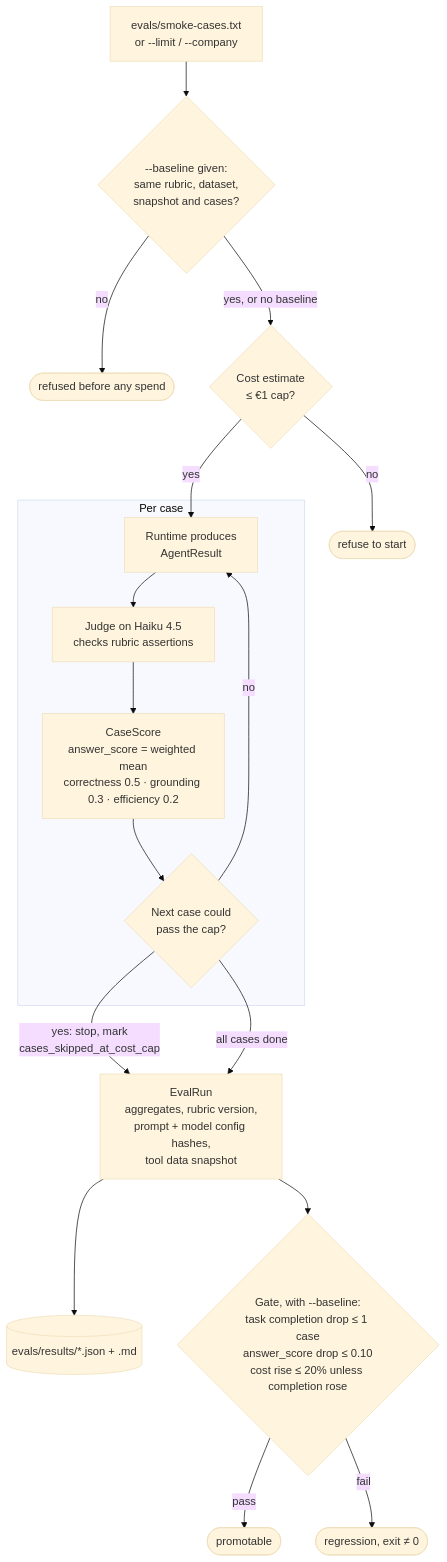
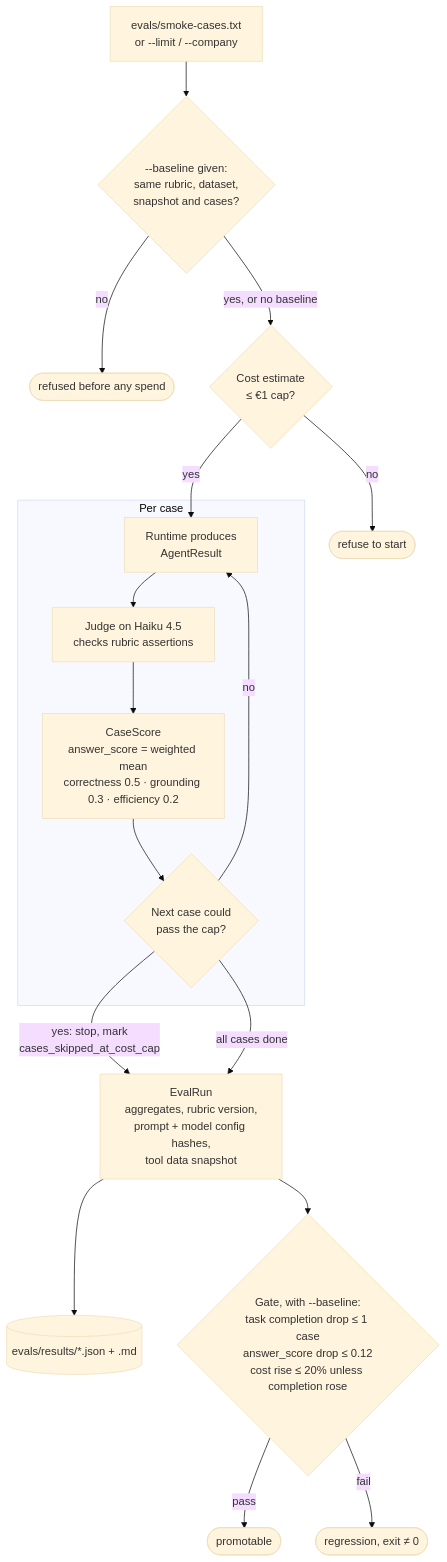
Before and after one commit to jellewillekes/recon-agent: the fourth of 6 diagrams in docs/architecture.md, drawn with Mermaid (base theme). The commit also changed other lines of this file and 9 other files, not shown here.

First line of the commit message:
chore: the answer score band goes to 0.12, the measured noise (ADR 0042) (#154)

````diff
--- a/docs/architecture.md
+++ b/docs/architecture.md
@@ -160,22 +160,22 @@
 ```mermaid
 flowchart TB
     CS[evals/smoke-cases.txt<br/>or --limit / --company] --> PRE{"--baseline given:<br/>same rubric, dataset,<br/>snapshot and cases?"}
     PRE -- no --> REF([refused before any spend])
     PRE -- "yes, or no baseline" --> EST{Cost estimate<br/>≤ €1 cap?}
     EST -- no --> STOP([refuse to start])
     EST -- yes --> RUN
 
     subgraph LOOP [Per case]
         RUN[Runtime produces<br/>AgentResult] --> JUDGE[Judge on Haiku 4.5<br/>checks rubric assertions]
         JUDGE --> SCORE["CaseScore<br/>answer_score = weighted mean<br/>correctness 0.5 · grounding 0.3 · efficiency 0.2"]
         SCORE --> CAP{Next case could<br/>pass the cap?}
     end
     CAP -- no --> RUN
     CAP -- "yes: stop, mark<br/>cases_skipped_at_cost_cap" --> AGG
     CAP -- all cases done --> AGG
 
     AGG[EvalRun<br/>aggregates, rubric version,<br/>prompt + model config hashes,<br/>tool data snapshot] --> FILE[(evals/results/*.json + .md)]
-    AGG --> THR{"Gate, with --baseline:<br/>task completion drop ≤ 1 case<br/>answer_score drop ≤ 0.10<br/>cost rise ≤ 20% unless completion rose"}
+    AGG --> THR{"Gate, with --baseline:<br/>task completion drop ≤ 1 case<br/>answer_score drop ≤ 0.12<br/>cost rise ≤ 20% unless completion rose"}
     THR -- pass --> PROMO([promotable])
     THR -- fail --> REG([regression, exit ≠ 0])
 ```
````
